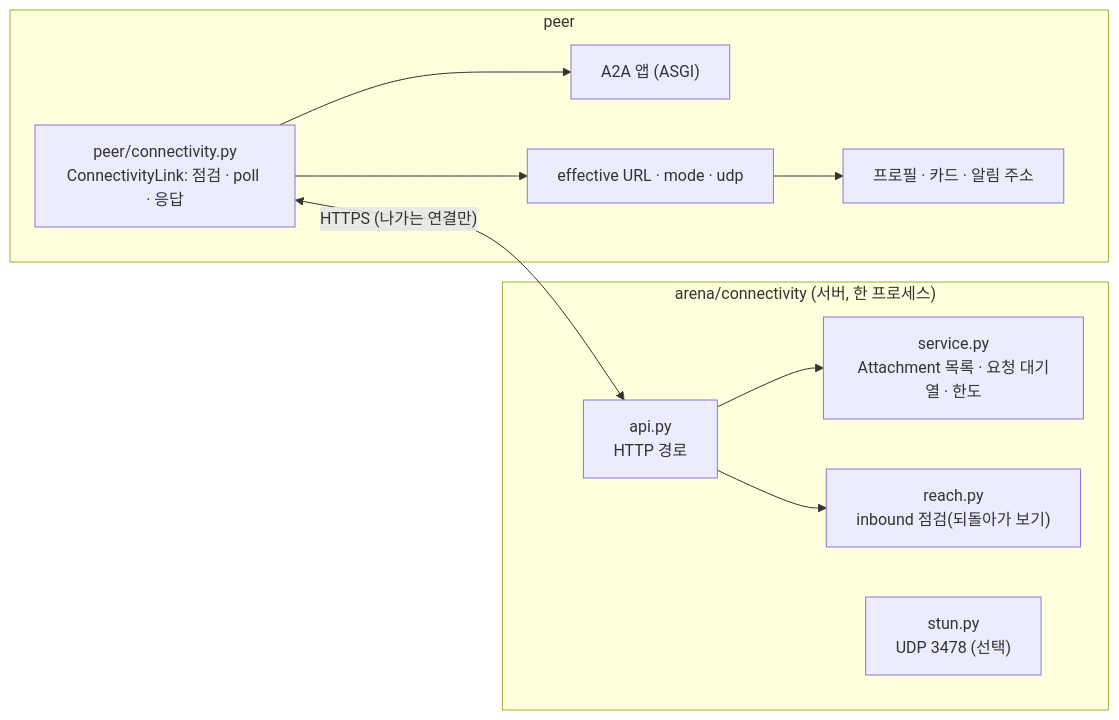
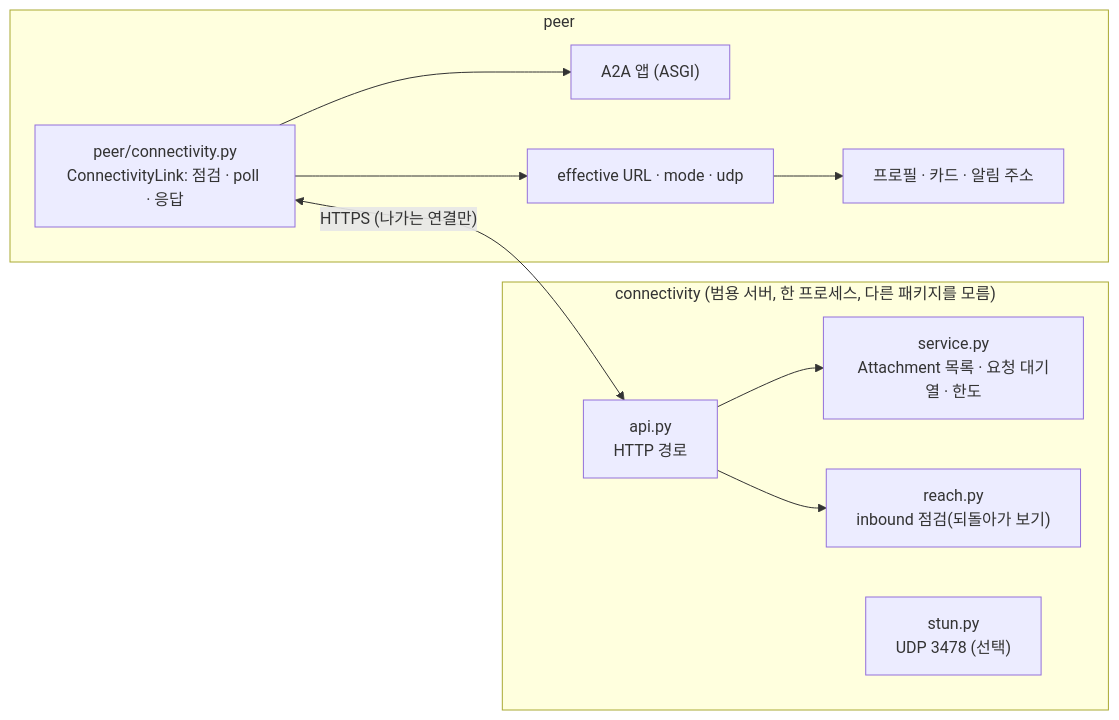
Before and after one commit to tanminkwan/share-ur-tokens: the second of 3 diagrams in dev/phase10/design.md, drawn with Mermaid. The commit also changed other lines of this file and 11 other files, not shown here.

````diff
--- a/dev/phase10/design.md
+++ b/dev/phase10/design.md
@@ -44,14 +49,14 @@
 ```mermaid
 flowchart LR
-    subgraph SRV["arena/connectivity (서버, 한 프로세스)"]
+    subgraph SRV["connectivity (범용 서버, 한 프로세스, 다른 패키지를 모름)"]
         API["api.py<br/>HTTP 경로"] --> SVC["service.py<br/>Attachment 목록 · 요청 대기열 · 한도"]
         API --> REACH["reach.py<br/>inbound 점검(되돌아가 보기)"]
         STUN["stun.py<br/>UDP 3478 (선택)"]
     end
     subgraph PEER["peer"]
         LINK["peer/connectivity.py<br/>ConnectivityLink: 점검 · poll · 응답"] --> APP["A2A 앱 (ASGI)"]
         LINK --> STATE["effective URL · mode · udp"]
         STATE --> PROF["프로필 · 카드 · 알림 주소"]
     end
     LINK <-- "HTTPS (나가는 연결만)" --> API
 ```
````
